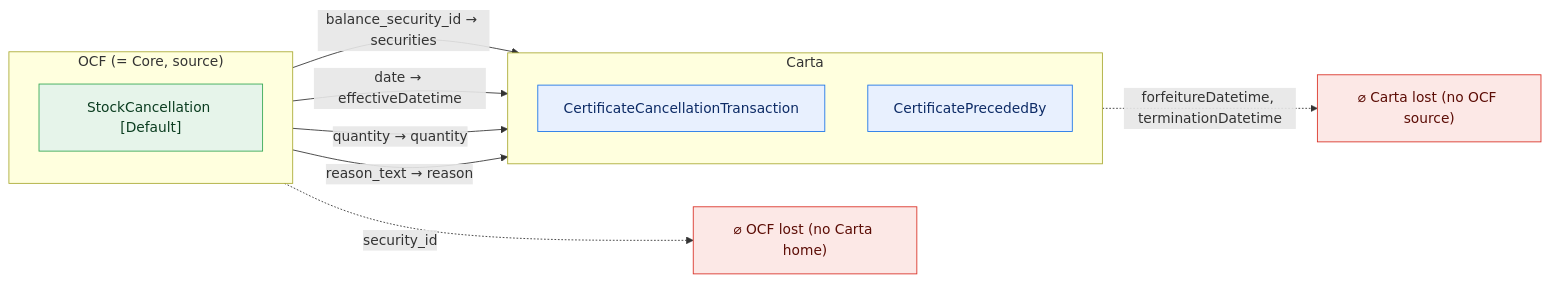
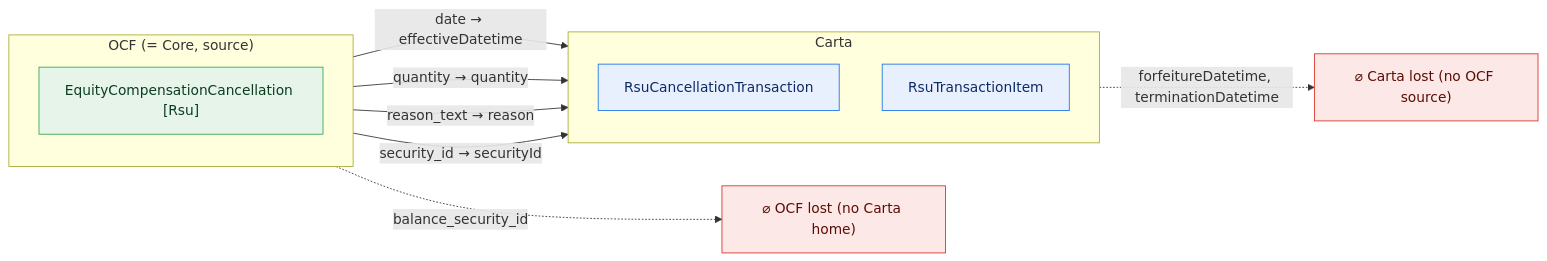
Before and after one commit to Open-Cap-Table-Coalition/OCF-Composed-Schemas: diagram 19 of 47 in docs/core-bidirectional-flow.md, drawn with Mermaid. The commit also changed other lines of this file and 24 other files, not shown here.

````diff
--- a/docs/core-bidirectional-flow.md
+++ b/docs/core-bidirectional-flow.md
@@ -606,24 +739,24 @@
 ```mermaid
 flowchart LR
   classDef adm fill:#e6f4ea,stroke:#34a853,color:#0b3d20;
   classDef notadm fill:#f1f3f4,stroke:#9aa0a6,color:#5f6368,stroke-dasharray:4 3;
   classDef carta fill:#e8f0fe,stroke:#1a73e8,color:#0d2b66;
   classDef lost fill:#fce8e6,stroke:#d93025,color:#5c0d06;
   subgraph SRC["OCF (= Core, source)"]
     direction TB
-    o0["StockCancellation [Default]"]:::adm
+    o0["EquityCompensationCancellation [Rsu]"]:::adm
   end
   subgraph TGT["Carta"]
     direction TB
-    t0["CertificateCancellationTransaction"]:::carta
-    t1["CertificatePrecededBy"]:::carta
+    t0["RsuCancellationTransaction"]:::carta
+    t1["RsuTransactionItem"]:::carta
   end
   ocflost["⌀ OCF lost (no Carta home)"]:::lost
   cartalost["⌀ Carta lost (no OCF source)"]:::lost
-  o0 -->|"balance_security_id → securities"| t1
   o0 -->|"date → effectiveDatetime"| t0
   o0 -->|"quantity → quantity"| t0
   o0 -->|"reason_text → reason"| t0
-  o0 -.->|"security_id"| ocflost
+  o0 -->|"security_id → securityId"| t1
+  o0 -.->|"balance_security_id"| ocflost
   t0 -.->|"forfeitureDatetime, terminationDatetime"| cartalost
 ```
````
